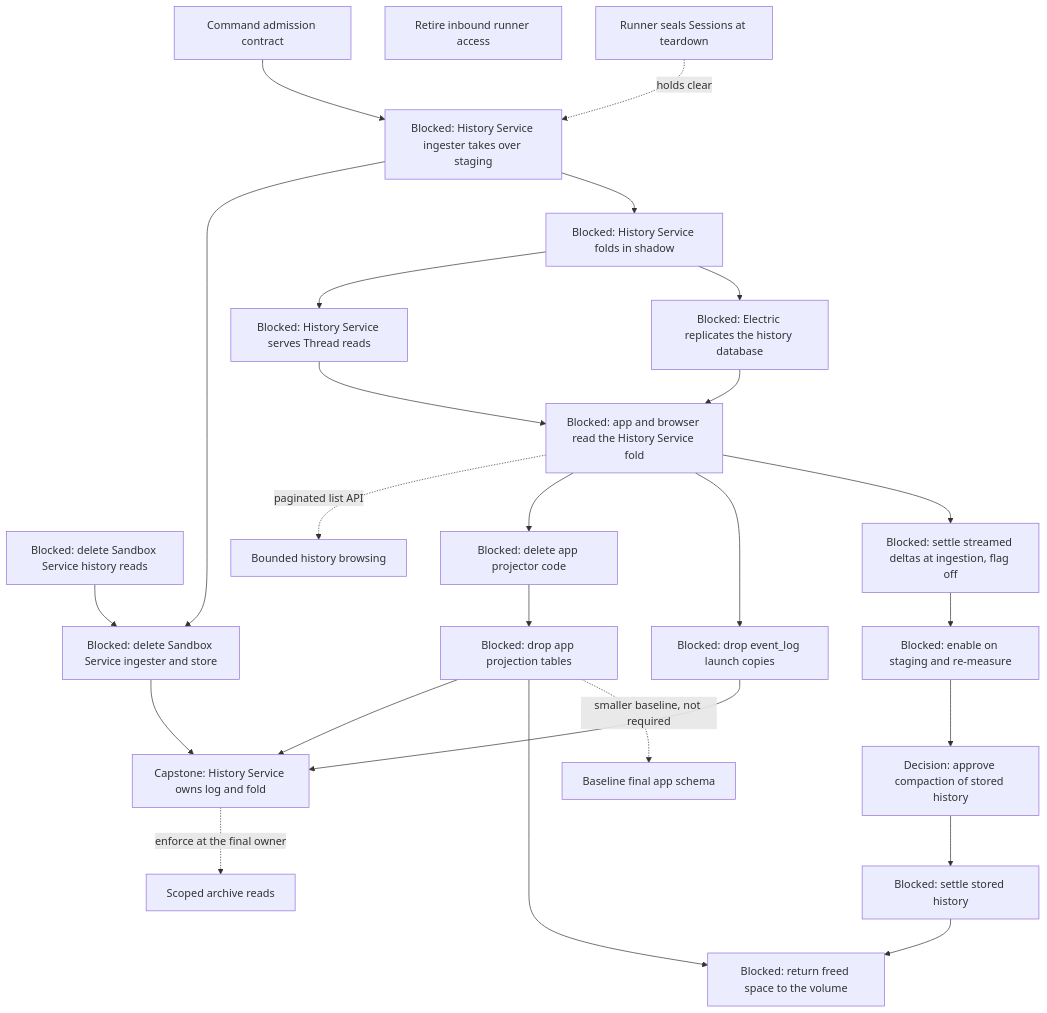
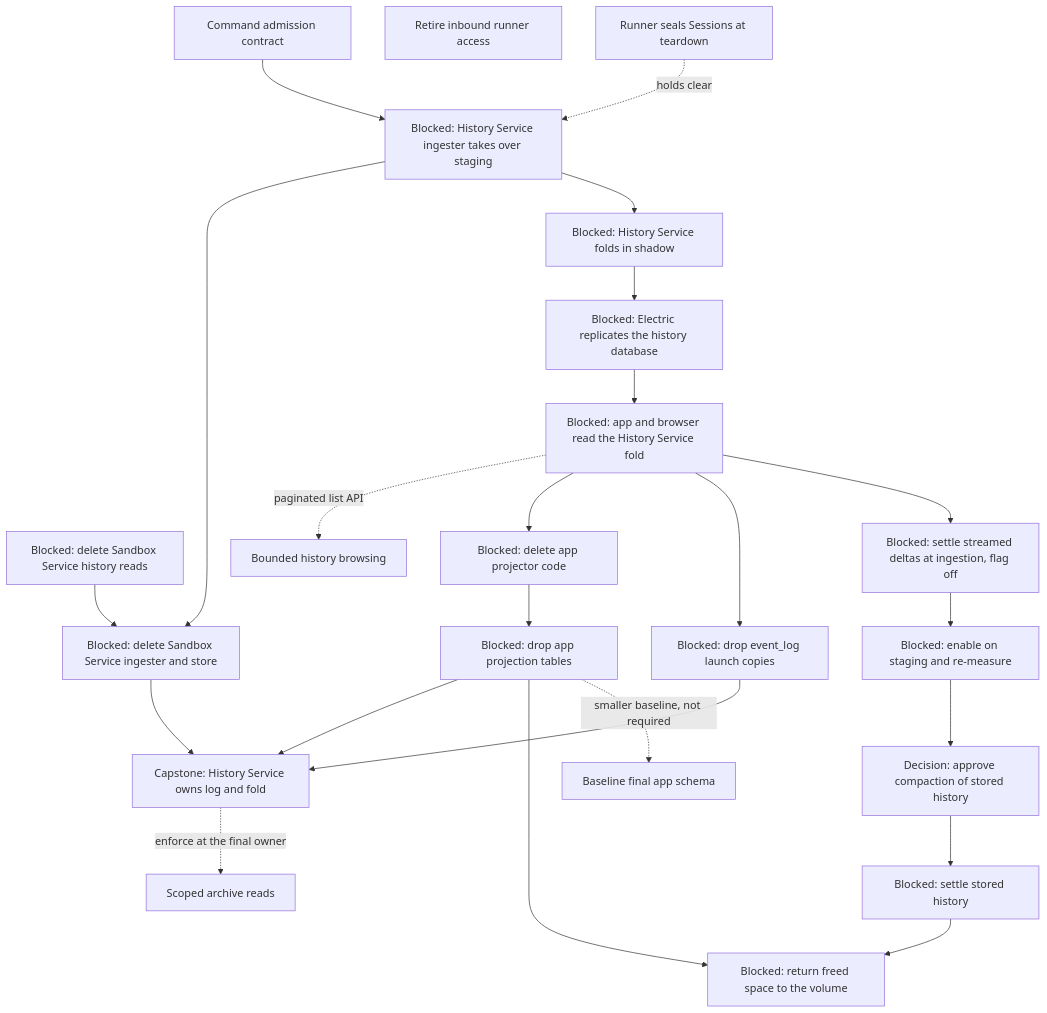
Before and after one commit to agentydragon/ducktape: the eighth of 10 diagrams in agentplane/plans/task_dag.md, drawn with Mermaid. The commit also changed other lines of this file and 20 other files, not shown here.

````diff
--- a/agentplane/plans/task_dag.md
+++ b/agentplane/plans/task_dag.md
@@ -697,48 +697,45 @@
 ```mermaid
 flowchart TD
     SESSION_COMMAND_CONTRACT[Command admission contract]
     SANDBOX_HISTORY_READS_RETIRE[Blocked: delete Sandbox Service history reads]
     HISTORY_WRITE_HANDOFF[Blocked: History Service ingester takes over staging]
     SANDBOX_LOCAL_HISTORY_RETIRE[Blocked: delete Sandbox Service ingester and store]
     FOLD_SHADOW[Blocked: History Service folds in shadow]
-    FOLD_READ_API[Blocked: History Service serves Thread reads]
     ELECTRIC_HISTORY_SOURCE[Blocked: Electric replicates the history database]
     FOLD_READ_CUTOVER[Blocked: app and browser read the History Service fold]
     APP_PROJECTOR_RETIRE[Blocked: delete app projector code]
     APP_PROJECTION_RETIRE[Blocked: drop app projection tables]
     APP_EVENT_LOG_COPIES_RETIRE[Blocked: drop event_log launch copies]
     HISTORY_SERVICE_OWNERSHIP[Capstone: History Service owns log and fold]
     SESSION_EVENT_RETENTION[Blocked: settle streamed deltas at ingestion, flag off]
     SESSION_EVENT_RETENTION_ENABLE[Blocked: enable on staging and re-measure]
     SESSION_EVENT_COMPACTION_PLAN[Decision: approve compaction of stored history]
     SESSION_EVENT_COMPACTION[Blocked: settle stored history]
     HISTORY_REPACK[Blocked: return freed space to the volume]
     APP_ALEMBIC_SQUASH[Baseline final app schema]
     THREAD_BROWSE_PAGINATE[Bounded history browsing]
     THREAD_READ_POLICY[Scoped archive reads]
     RUNNER_INBOUND_RETIRE[Retire inbound runner access]
     SESSION_COMMAND_CONTRACT --> HISTORY_WRITE_HANDOFF
     RUNNER_TEARDOWN_SEAL[Runner seals Sessions at teardown] -. holds clear .-> HISTORY_WRITE_HANDOFF
     HISTORY_WRITE_HANDOFF --> SANDBOX_LOCAL_HISTORY_RETIRE
     SANDBOX_HISTORY_READS_RETIRE --> SANDBOX_LOCAL_HISTORY_RETIRE
     HISTORY_WRITE_HANDOFF --> FOLD_SHADOW
-    FOLD_SHADOW --> FOLD_READ_API
     FOLD_SHADOW --> ELECTRIC_HISTORY_SOURCE
-    FOLD_READ_API --> FOLD_READ_CUTOVER
     FOLD_READ_CUTOVER -. paginated list API .-> THREAD_BROWSE_PAGINATE
     ELECTRIC_HISTORY_SOURCE --> FOLD_READ_CUTOVER
     FOLD_READ_CUTOVER --> APP_PROJECTOR_RETIRE
     APP_PROJECTOR_RETIRE --> APP_PROJECTION_RETIRE
     FOLD_READ_CUTOVER --> APP_EVENT_LOG_COPIES_RETIRE
     APP_EVENT_LOG_COPIES_RETIRE --> HISTORY_SERVICE_OWNERSHIP
     APP_PROJECTION_RETIRE --> HISTORY_SERVICE_OWNERSHIP
     SANDBOX_LOCAL_HISTORY_RETIRE --> HISTORY_SERVICE_OWNERSHIP
     FOLD_READ_CUTOVER --> SESSION_EVENT_RETENTION
     SESSION_EVENT_RETENTION --> SESSION_EVENT_RETENTION_ENABLE
     SESSION_EVENT_RETENTION_ENABLE --> SESSION_EVENT_COMPACTION_PLAN
     SESSION_EVENT_COMPACTION_PLAN --> SESSION_EVENT_COMPACTION
     SESSION_EVENT_COMPACTION --> HISTORY_REPACK
     APP_PROJECTION_RETIRE --> HISTORY_REPACK
     APP_PROJECTION_RETIRE -. smaller baseline, not required .-> APP_ALEMBIC_SQUASH
     HISTORY_SERVICE_OWNERSHIP -. enforce at the final owner .-> THREAD_READ_POLICY
 ```
````
